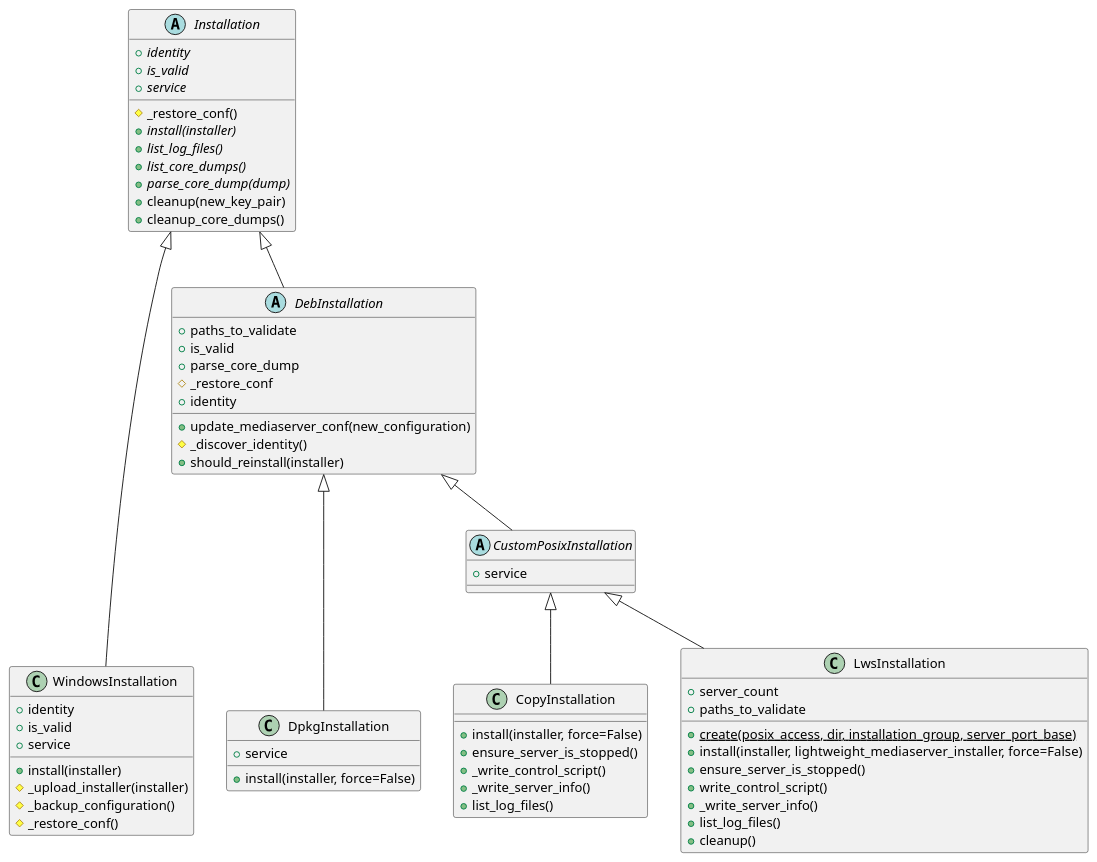
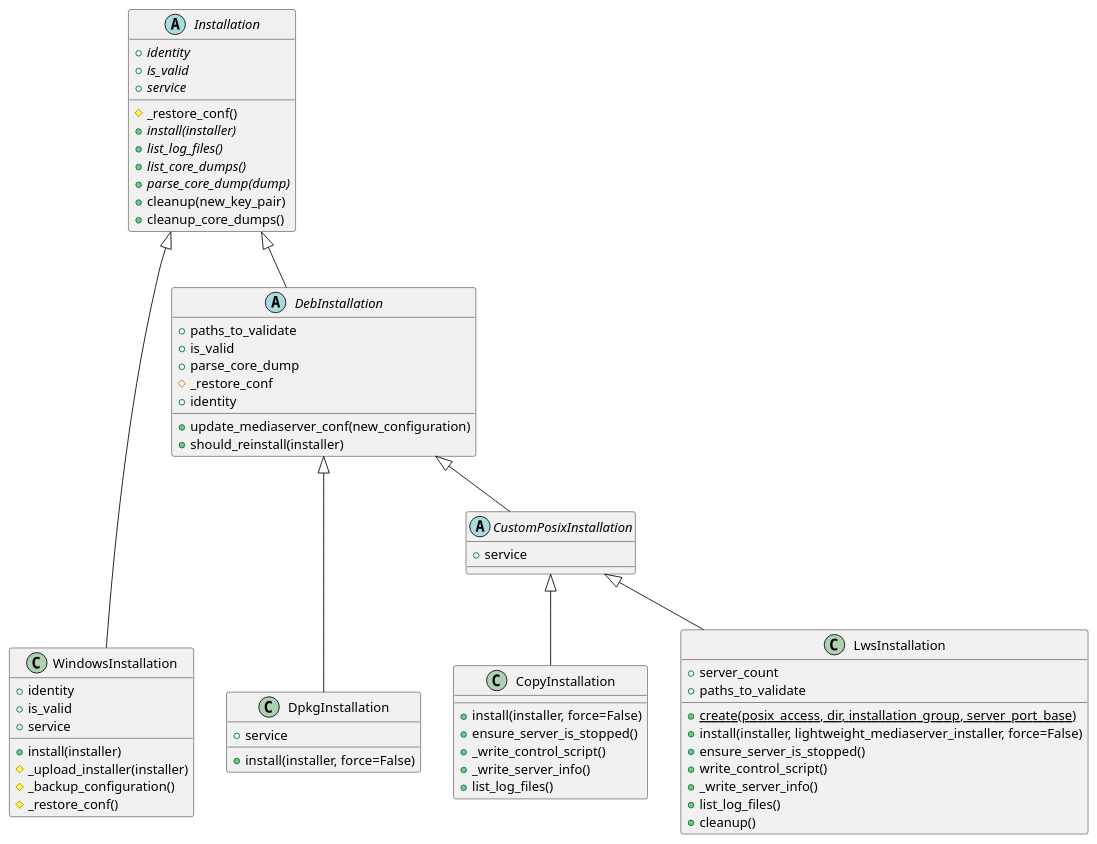
One commit to networkoptix/nx_open changed the diagram in func_tests/framework/installation/installation.puml. Above: the diagram before and after it, drawn with PlantUML. The commit also changed 6 other files, not shown here.

```diff
--- a/func_tests/framework/installation/installation.puml
+++ b/func_tests/framework/installation/installation.puml
@@ -1,72 +1,71 @@
 @startuml
 
 abstract Installation {
     + {abstract} identity
     + {abstract} is_valid
     + {abstract} service
     # _restore_conf()
     + {abstract} install(installer)
     + {abstract} list_log_files()
     + {abstract} list_core_dumps()
     + {abstract} parse_core_dump(dump)
     + cleanup(new_key_pair)
     + cleanup_core_dumps()
 }
 
 Installation <|---- WindowsInstallation
 class WindowsInstallation {
     + identity
     + is_valid
     + service
     + install(installer)
     # _upload_installer(installer)
     # _backup_configuration()
     # _restore_conf()
 }
 
 Installation <|-- DebInstallation
 abstract DebInstallation {
     + paths_to_validate
     + is_valid
     + parse_core_dump
     # _restore_conf
     + update_mediaserver_conf(new_configuration)
     + identity
-    # _discover_identity()
     + should_reinstall(installer)
 }
 
 DebInstallation <|--- DpkgInstallation
 class DpkgInstallation {
     + service
     + install(installer, force=False)
 }
 
 DebInstallation <|-- CustomPosixInstallation
 abstract CustomPosixInstallation {
     + service
 }
 
 CustomPosixInstallation <|-- CopyInstallation
 class CopyInstallation {
     + install(installer, force=False)
     + ensure_server_is_stopped()
     + _write_control_script()
     + _write_server_info()
     + list_log_files()
 }
 
 CustomPosixInstallation <|-- LwsInstallation
 class LwsInstallation {
     + {static} create(posix_access, dir, installation_group, server_port_base)
     + server_count
     + paths_to_validate
     + install(installer, lightweight_mediaserver_installer, force=False)
     + ensure_server_is_stopped()
     + write_control_script()
     + _write_server_info()
     + list_log_files()
     + cleanup()
 }
 
 @enduml
```
